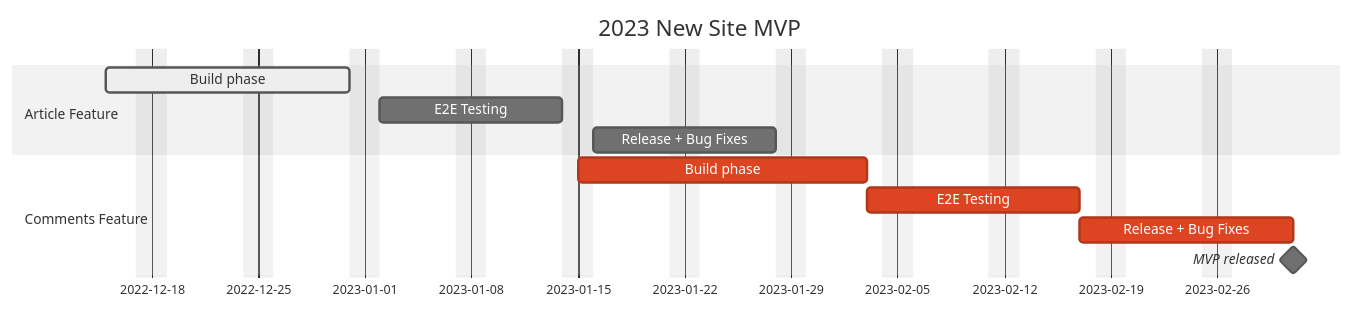
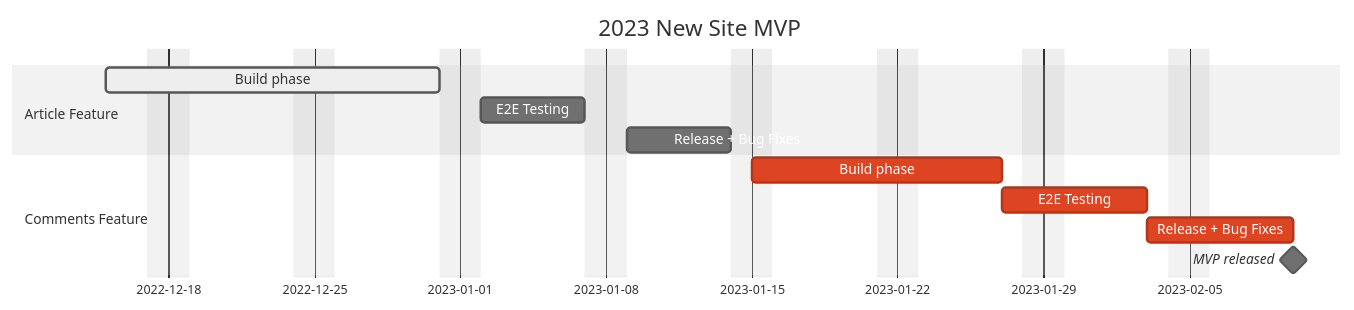
Before and after one commit to sjoedwards/mermaid-examples: the diagram in gaantChart/gaantChart.1.md, drawn with Mermaid (neutral theme).

Commit message:
added gantt chart example

````diff
--- a/gaantChart/gaantChart.1.md
+++ b/gaantChart/gaantChart.1.md
@@ -1,15 +1,15 @@
 ```mermaid
 gantt
     title 2023 New Site MVP
     excludes weekends
     dateFormat  YYYY-MM-DD
     section Article Feature
     Build phase           :active,a1, 2022-12-15, 12d
-    E2E Testing           :a2, after a1, 10d
-    Release + Bug Fixes   :a3, after a2, 10d
+    E2E Testing           :a2, after a1, 5d
+    Release + Bug Fixes   :a3, after a2, 5d
     section Comments Feature
-    Build phase           :crit, b1, 2023-01-15, 15d
-    E2E Testing           :crit,b2, after b1, 10d
-    Release + Bug Fixes   :crit, b3, after b2, 10d
+    Build phase           :crit, b1, 2023-01-15, 10d
+    E2E Testing           :crit,b2, after b1, 5d
+    Release + Bug Fixes   :crit, b3, after b2, 5d
     MVP released :milestone, after b3, 0d
 ```
````
